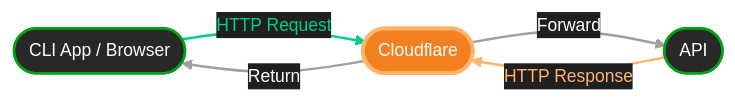
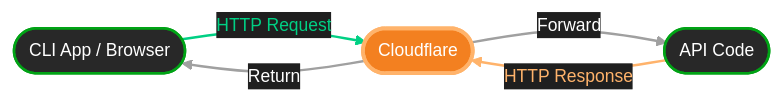
The first of 2 diagrams in How our APIs work/README.md (RequestTimeout/docs), drawn with Mermaid before and after one commit. The commit also changed other lines of this file, not shown here.

````diff
--- a/How our APIs work/README.md
+++ b/How our APIs work/README.md
@@ -4,29 +4,29 @@
 ```mermaid
 %%{init: {"theme": "base", "themeVariables": {
   "background": "#1f1f1f",
   "primaryColor": "#282828",
   "primaryTextColor": "#ffffff",
   "primaryBorderColor": "#00a315",
   "lineColor": "#a0a0a0",
   "secondaryColor": "#282828",
   "tertiaryColor": "#242424",
   "edgeLabelBackground": "#1f1f1f",
   "fontFamily": "JetBrains Mono, monospace",
   "fontSize": "14px"
 }}}%%
 
 flowchart LR
     A(["CLI App / Browser"]) -->|HTTP Request| B(["Cloudflare"])
-    B -->|Forward| C(["API"])
+    B -->|Forward| C(["API Code"])
     C -->|HTTP Response| B
     B -->|Return| A
 
     style A fill:#282828,stroke:#00a315,color:#ffffff,stroke-width:2px
     style B fill:#f38020,stroke:#ffb36b,color:#ffffff,stroke-width:3px
     style C fill:#282828,stroke:#00a315,color:#ffffff,stroke-width:2px
 
     linkStyle 0 stroke:#00d084,stroke-width:2px,color:#00d084
     linkStyle 1 stroke:#a0a0a0,stroke-width:2px,color:#ffffff
     linkStyle 2 stroke:#ffb36b,stroke-width:2px,color:#ffb36b
     linkStyle 3 stroke:#a0a0a0,stroke-width:2px,color:#ffffff
 ```
````
